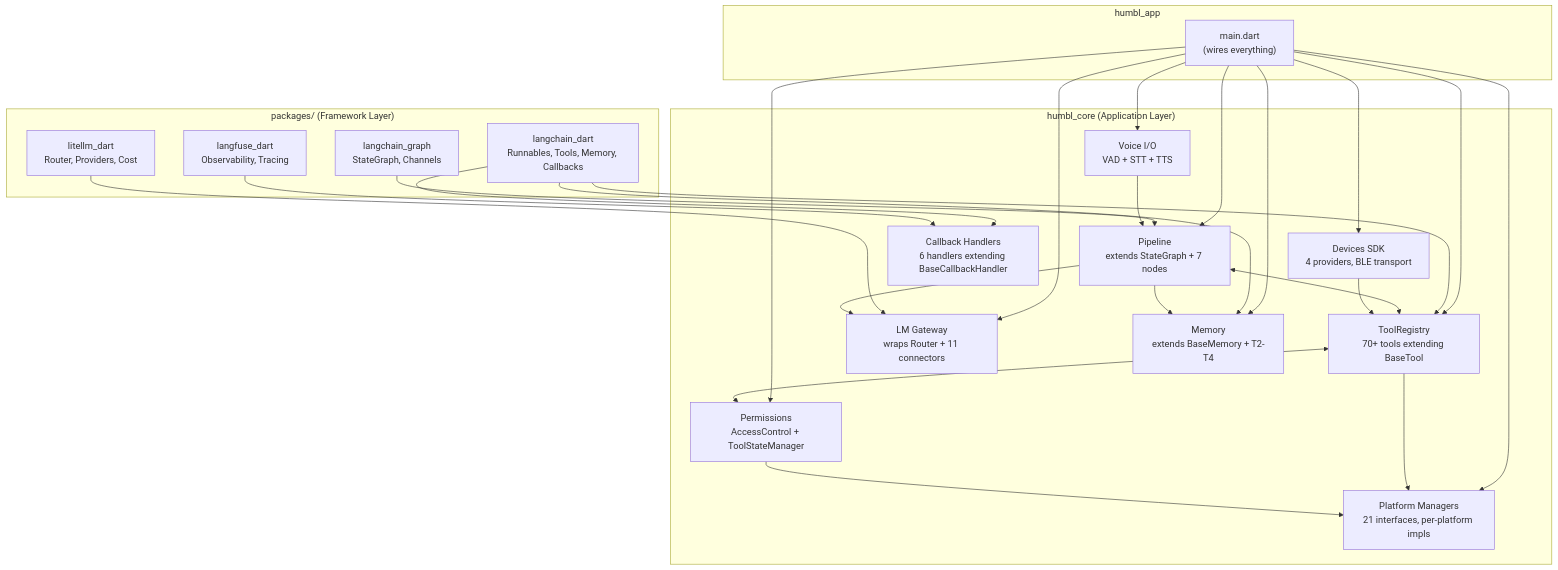
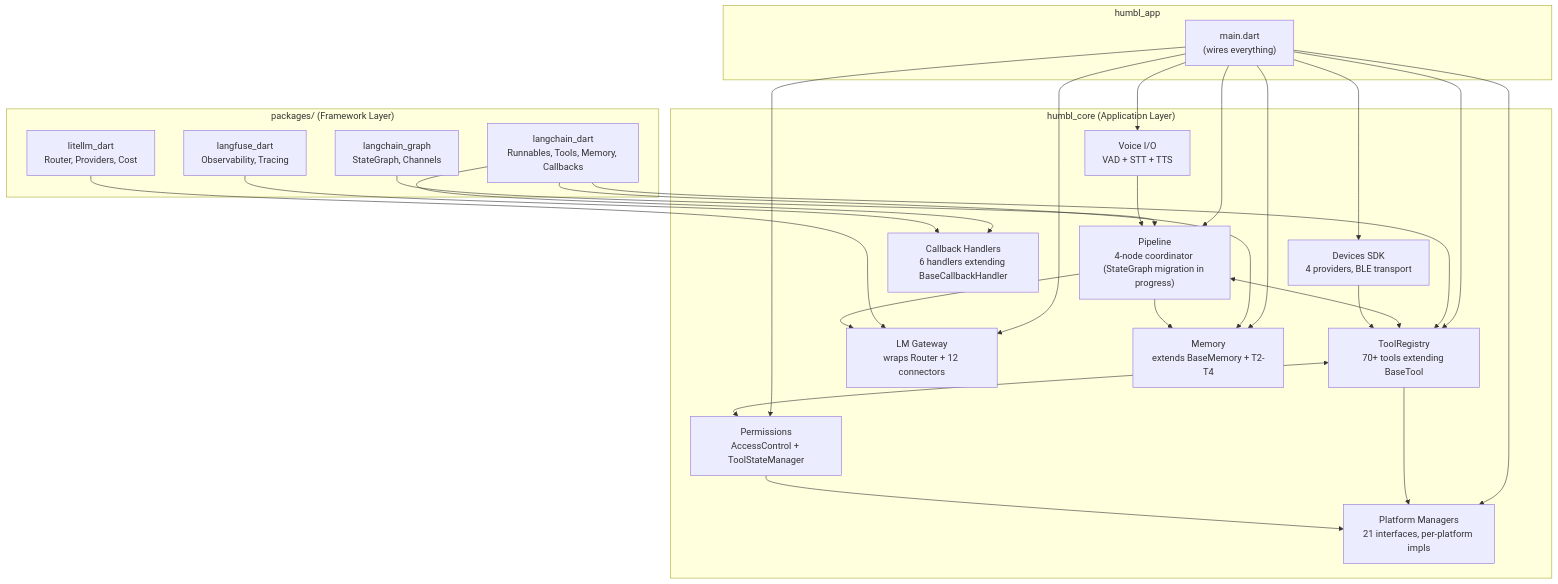
The second of 2 diagrams in docs/architecture/overview.md (schatt-qwr/humbl-doc), drawn with Mermaid before and after one commit. The commit also changed other lines of this file and 15 other files, not shown here.

````diff
--- a/docs/architecture/overview.md
+++ b/docs/architecture/overview.md
@@ -223,50 +223,50 @@
 ```mermaid
 graph TB
     subgraph "humbl_app"
         APP["main.dart<br/>(wires everything)"]
     end
 
     subgraph "packages/ (Framework Layer)"
         LC["langchain_dart<br/>Runnables, Tools, Memory, Callbacks"]
         LG["langchain_graph<br/>StateGraph, Channels"]
         LT["litellm_dart<br/>Router, Providers, Cost"]
         LS["langfuse_dart<br/>Observability, Tracing"]
     end
 
     subgraph "humbl_core (Application Layer)"
-        PIPE["Pipeline<br/>extends StateGraph + 7 nodes"]
+        PIPE["Pipeline<br/>4-node coordinator (StateGraph migration in progress)"]
         TOOL["ToolRegistry<br/>70+ tools extending BaseTool"]
         PERM["Permissions<br/>AccessControl + ToolStateManager"]
         PLAT["Platform Managers<br/>21 interfaces, per-platform impls"]
-        LMG["LM Gateway<br/>wraps Router + 11 connectors"]
+        LMG["LM Gateway<br/>wraps Router + 12 connectors"]
         MEM["Memory<br/>extends BaseMemory + T2-T4"]
         DEV["Devices SDK<br/>4 providers, BLE transport"]
         VOICE["Voice I/O<br/>VAD + STT + TTS"]
         CB["Callback Handlers<br/>6 handlers extending BaseCallbackHandler"]
     end
 
     APP --> PIPE
     APP --> TOOL
     APP --> PERM
     APP --> PLAT
     APP --> LMG
     APP --> MEM
     APP --> DEV
     APP --> VOICE
 
     LC --> TOOL
     LC --> MEM
     LC --> CB
     LG --> PIPE
     LT --> LMG
     LS --> CB
 
     PIPE <--> TOOL
     PIPE --> LMG
     PIPE --> MEM
     TOOL <--> PERM
     TOOL --> PLAT
     PERM --> PLAT
     DEV --> TOOL
     VOICE --> PIPE
 ```
````
